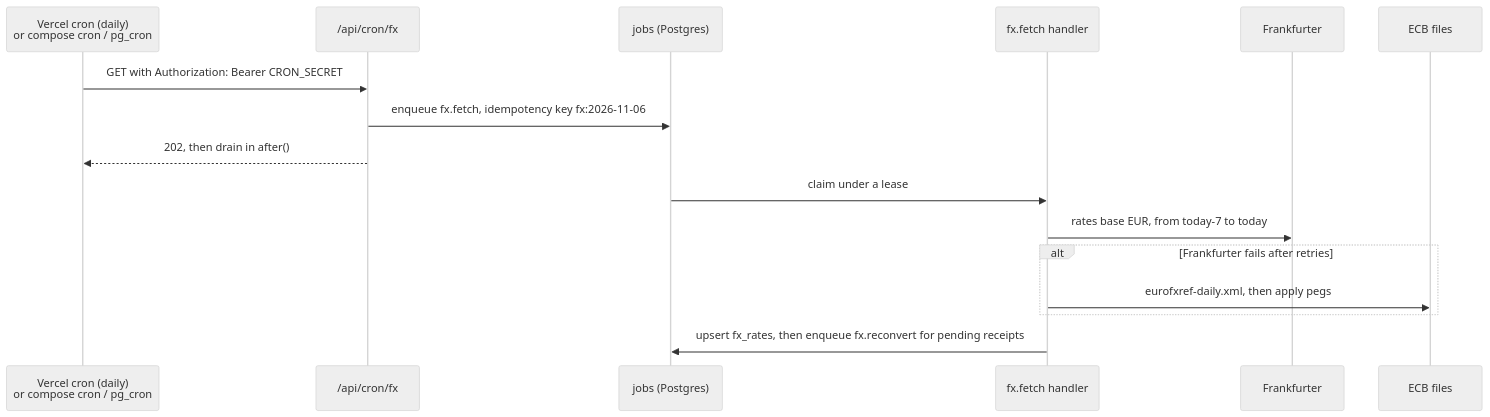
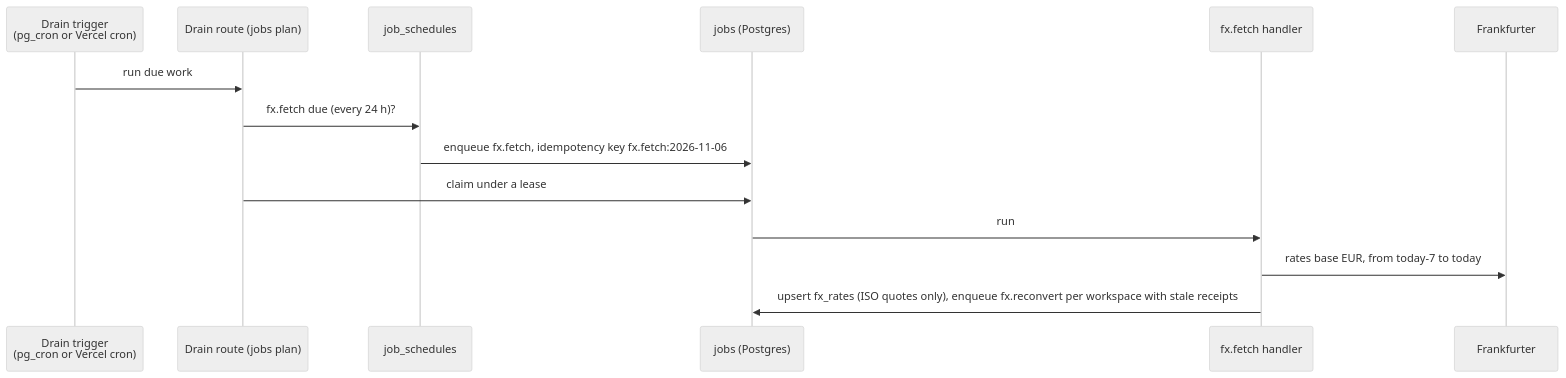
The fifth of 6 diagrams in docs/plans/2026-11-06-currencies-fx.md (bhimrazy/receipt-ocr-app), drawn with Mermaid (neutral theme) before and after one commit. The commit also changed other lines of this file and 1 other file, not shown here.

Commit message:
docs: address review on the currencies and FX plan

````diff
--- a/docs/plans/2026-11-06-currencies-fx.md
+++ b/docs/plans/2026-11-06-currencies-fx.md
@@ -420,18 +488,16 @@
 ```mermaid
 sequenceDiagram
-  participant Cron as Vercel cron (daily)<br/>or compose cron / pg_cron
-  participant Route as /api/cron/fx
+  participant T as Drain trigger<br/>(pg_cron or Vercel cron)
+  participant D as Drain route (jobs plan)
+  participant S as job_schedules
   participant Q as jobs (Postgres)
-  participant Job as fx.fetch handler
+  participant J as fx.fetch handler
   participant FR as Frankfurter
-  participant ECB as ECB files
-  Cron->>Route: GET with Authorization: Bearer CRON_SECRET
-  Route->>Q: enqueue fx.fetch, idempotency key fx:2026-11-06
-  Route-->>Cron: 202, then drain in after()
-  Q->>Job: claim under a lease
-  Job->>FR: rates base EUR, from today-7 to today
-  alt Frankfurter fails after retries
-    Job->>ECB: eurofxref-daily.xml, then apply pegs
-  end
-  Job->>Q: upsert fx_rates, then enqueue fx.reconvert for pending receipts
+  T->>D: run due work
+  D->>S: fx.fetch due (every 24 h)?
+  S->>Q: enqueue fx.fetch, idempotency key fx.fetch:2026-11-06
+  D->>Q: claim under a lease
+  Q->>J: run
+  J->>FR: rates base EUR, from today-7 to today
+  J->>Q: upsert fx_rates (ISO quotes only), enqueue fx.reconvert per workspace with stale receipts
 ```
````
